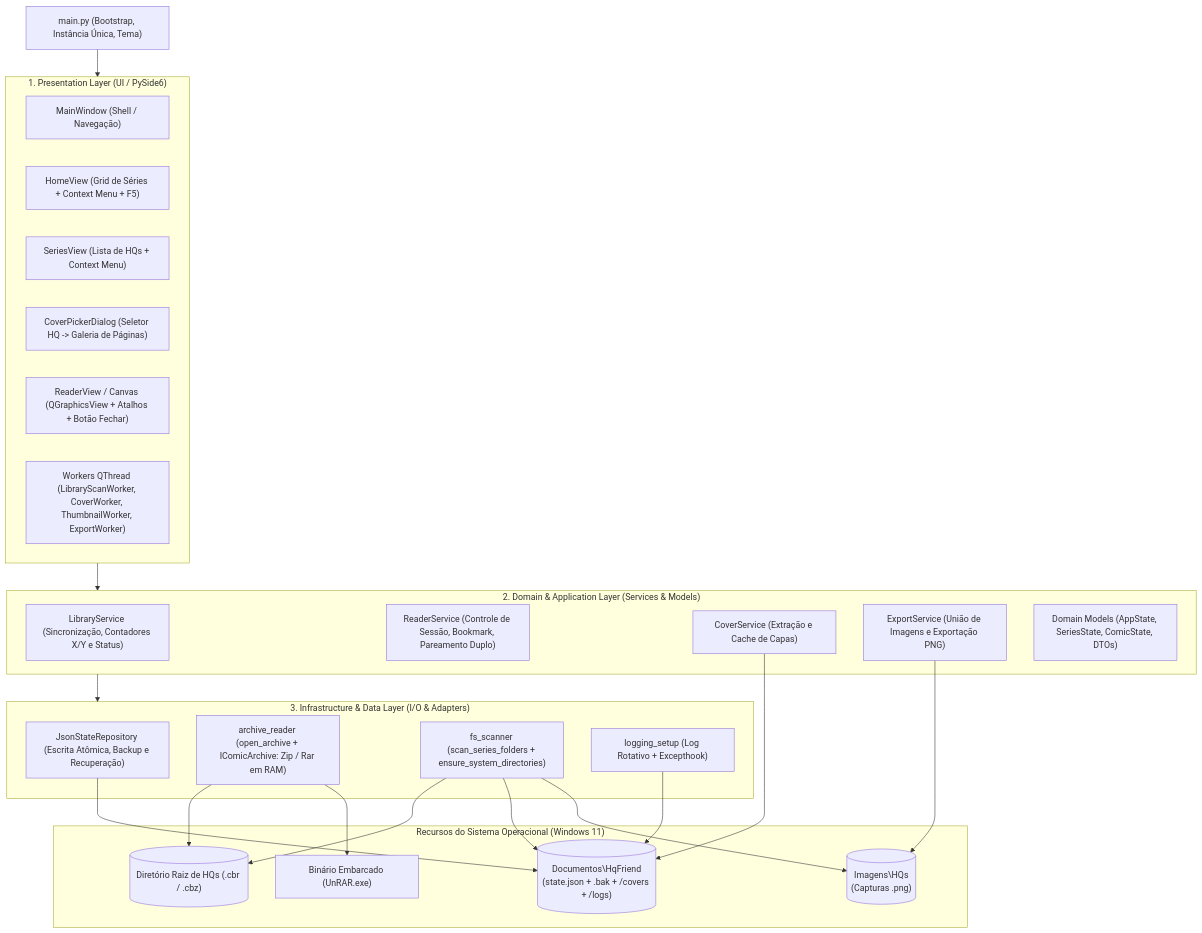
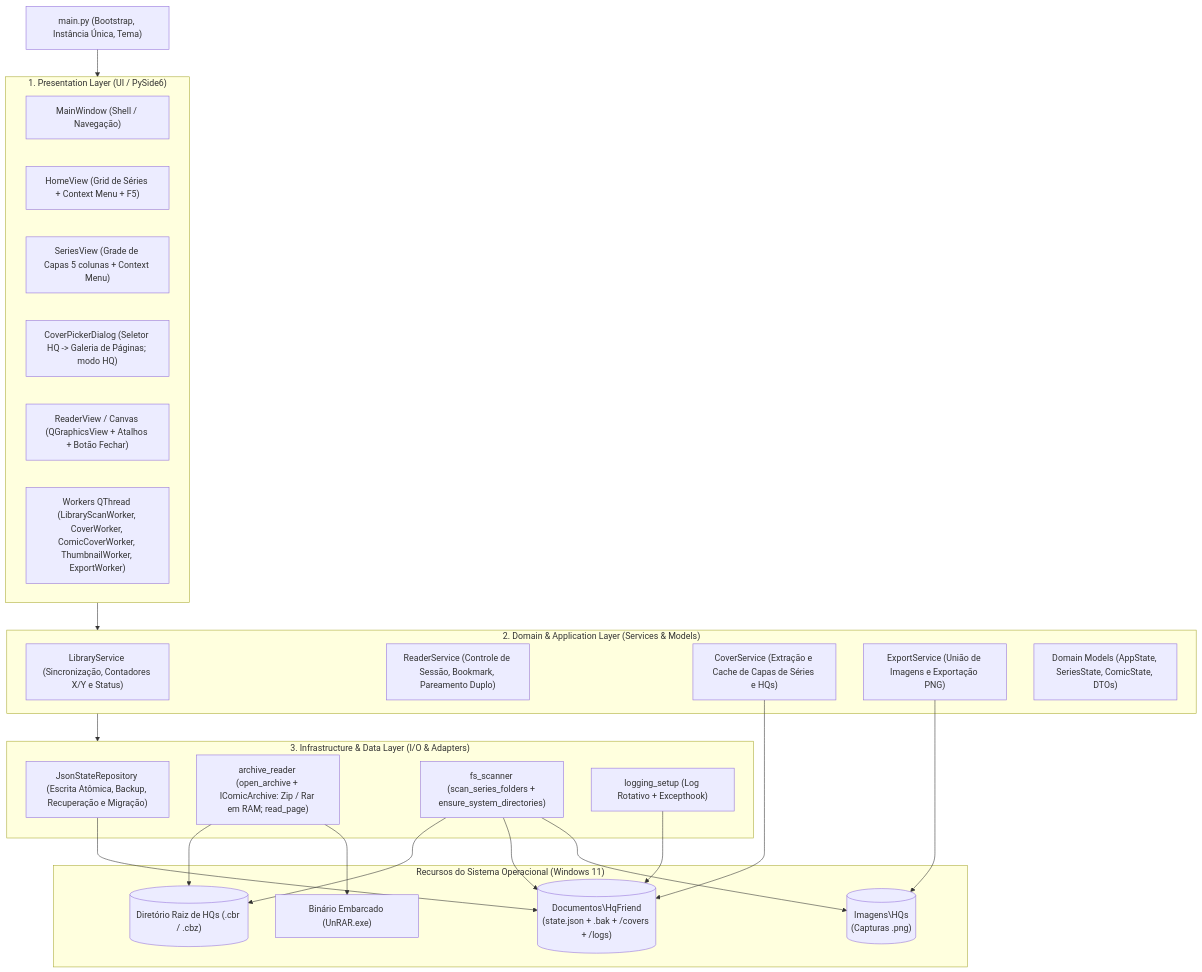
One commit to Pedrohcs/HqFriend changed the first of 5 diagrams in docs/specs/ARQUITETURA.md. Above: the diagram before and after it, drawn with Mermaid. The commit also changed other lines of this file and 38 other files, not shown here.

````diff
--- a/docs/specs/ARQUITETURA.md
+++ b/docs/specs/ARQUITETURA.md
@@ -21,50 +21,50 @@
 ```mermaid
 graph TB
     subgraph Presentation ["1. Presentation Layer (UI / PySide6)"]
         MainWindow["MainWindow (Shell / Navegação)"]
         HomeView["HomeView (Grid de Séries + Context Menu + F5)"]
-        SeriesView["SeriesView (Lista de HQs + Context Menu)"]
-        CoverPickerModal["CoverPickerDialog (Seletor HQ -> Galeria de Páginas)"]
+        SeriesView["SeriesView (Grade de Capas 5 colunas + Context Menu)"]
+        CoverPickerModal["CoverPickerDialog (Seletor HQ -> Galeria de Páginas; modo HQ)"]
         ReaderView["ReaderView / Canvas (QGraphicsView + Atalhos + Botão Fechar)"]
-        Workers["Workers QThread (LibraryScanWorker, CoverWorker, ThumbnailWorker, ExportWorker)"]
+        Workers["Workers QThread (LibraryScanWorker, CoverWorker, ComicCoverWorker, ThumbnailWorker, ExportWorker)"]
     end
 
     subgraph Application ["2. Domain & Application Layer (Services & Models)"]
         LibraryService["LibraryService (Sincronização, Contadores X/Y e Status)"]
         ReaderService["ReaderService (Controle de Sessão, Bookmark, Pareamento Duplo)"]
-        CoverService["CoverService (Extração e Cache de Capas)"]
+        CoverService["CoverService (Extração e Cache de Capas de Séries e HQs)"]
         ExportService["ExportService (União de Imagens e Exportação PNG)"]
         DomainModels["Domain Models (AppState, SeriesState, ComicState, DTOs)"]
     end
 
     subgraph Infrastructure ["3. Infrastructure & Data Layer (I/O & Adapters)"]
-        JsonRepo["JsonStateRepository (Escrita Atômica, Backup e Recuperação)"]
-        ArchiveAdapter["archive_reader (open_archive + IComicArchive: Zip / Rar em RAM)"]
+        JsonRepo["JsonStateRepository (Escrita Atômica, Backup, Recuperação e Migração)"]
+        ArchiveAdapter["archive_reader (open_archive + IComicArchive: Zip / Rar em RAM; read_page)"]
         FsScanner["fs_scanner (scan_series_folders + ensure_system_directories)"]
         Logging["logging_setup (Log Rotativo + Excepthook)"]
     end
 
     Entry["main.py (Bootstrap, Instância Única, Tema)"]
 
     subgraph External ["Recursos do Sistema Operacional (Windows 11)"]
         RootDir[("Diretório Raiz de HQs (.cbr / .cbz)")]
         AppDataDir[("Documentos\HqFriend\n(state.json + .bak + /covers + /logs)")]
         ExportDir[("Imagens\HQs\n(Capturas .png)")]
         UnrarBin["Binário Embarcado (UnRAR.exe)"]
     end
 
     %% Relacionamentos entre camadas
     Entry --> Presentation
     Presentation --> Application
     Application --> Infrastructure
 
     FsScanner --> RootDir
     FsScanner --> AppDataDir
     FsScanner --> ExportDir
     JsonRepo --> AppDataDir
     Logging --> AppDataDir
     CoverService --> AppDataDir
     ExportService --> ExportDir
     ArchiveAdapter --> RootDir
     ArchiveAdapter --> UnrarBin
 ```
````
